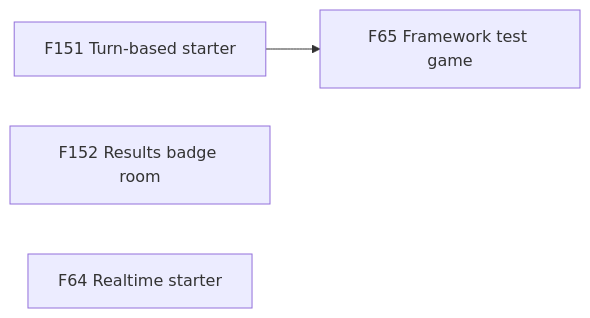
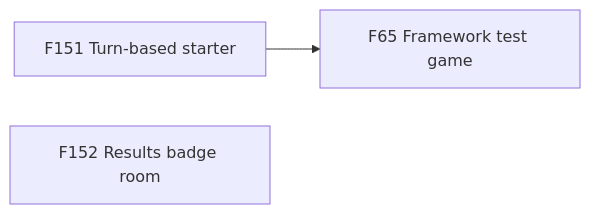
Diagram 22 of 22 in .planning/ROADMAP.md (TheBlueMuzzy/framework), drawn with Mermaid before and after one commit. The commit also changed other lines of this file and 2 other files, not shown here.

````diff
--- a/.planning/ROADMAP.md
+++ b/.planning/ROADMAP.md
@@ -401,6 +400,5 @@
 ```mermaid
 flowchart LR
   F151[F151 Turn-based starter] --> F65[F65 Framework test game]
   F152[F152 Results badge room]
-  F64[F64 Realtime starter]
 ```
````
